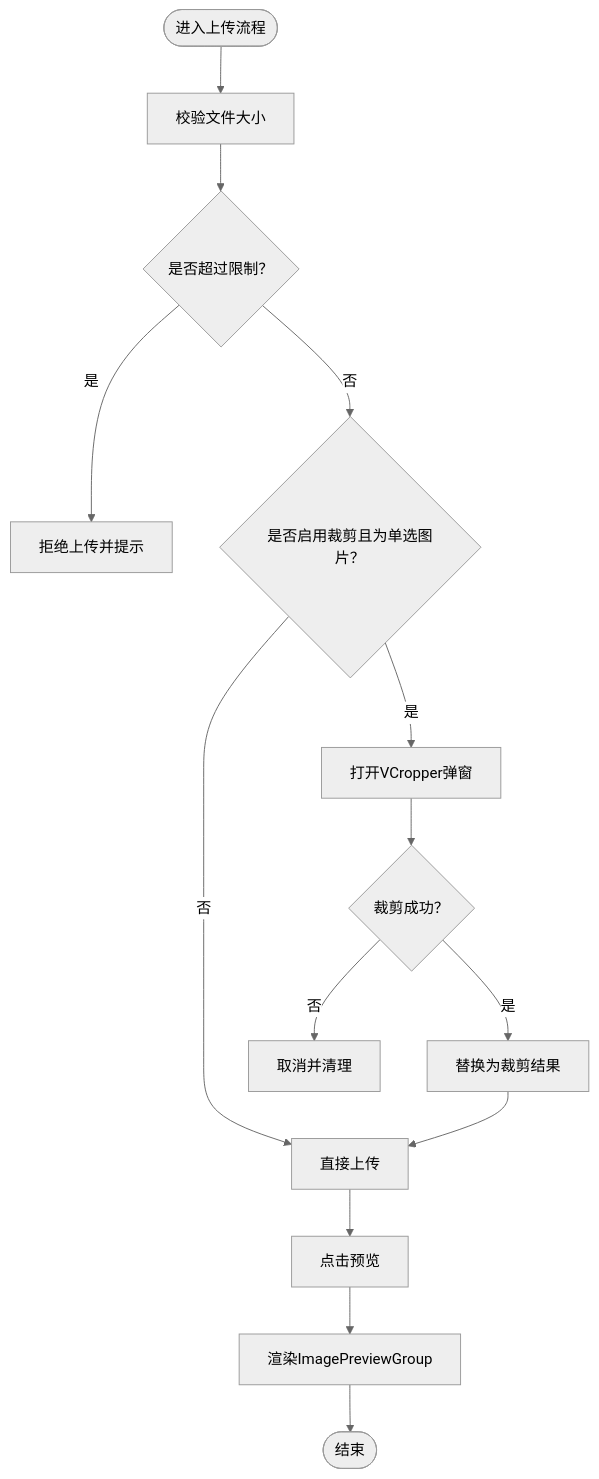
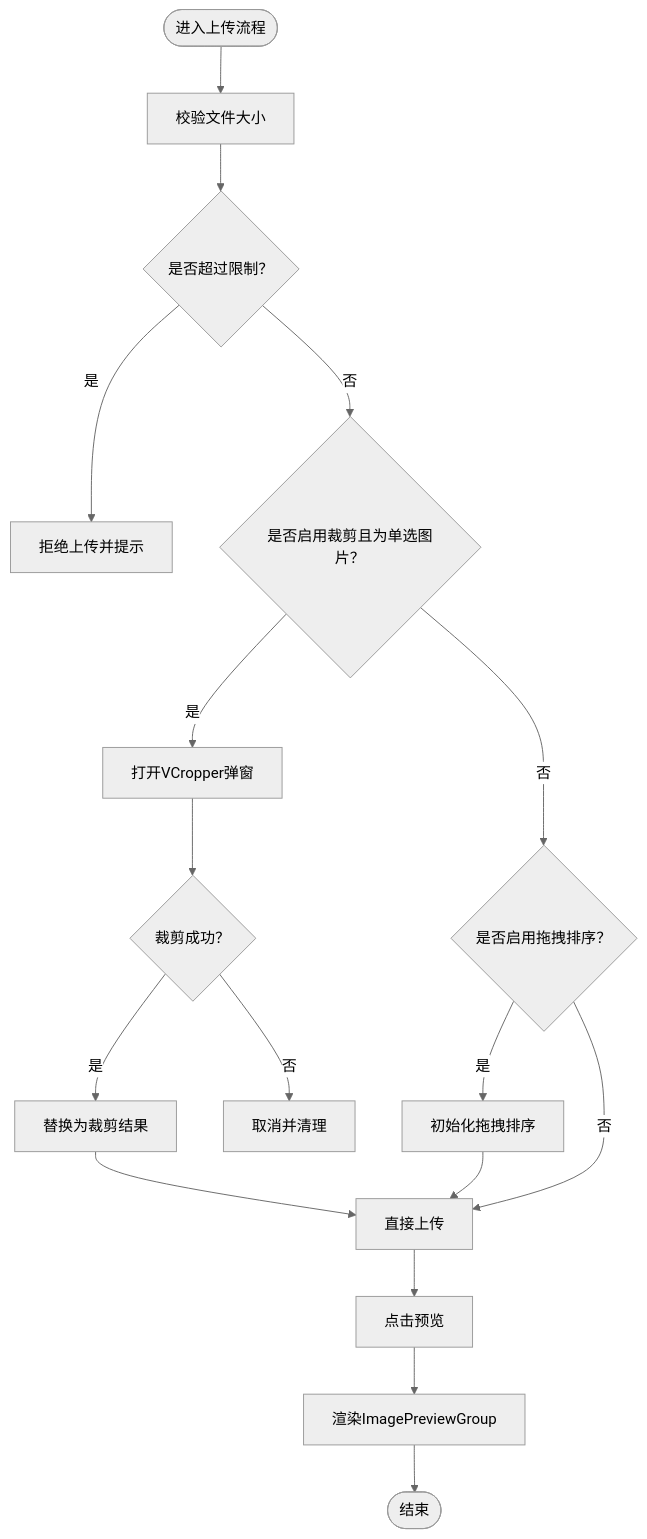
One commit to liuyinzhong/hive changed the third of 8 diagrams in .qoder/repowiki/zh/content/多框架支持/组件适配机制/上传预览功能.md. Above: the diagram before and after it, drawn with Mermaid (neutral theme). The commit also changed other lines of this file and 8 other files, not shown here.

````diff
--- a/.qoder/repowiki/zh/content/多框架支持/组件适配机制/上传预览功能.md
+++ b/.qoder/repowiki/zh/content/多框架支持/组件适配机制/上传预览功能.md
@@ -138,16 +164,19 @@
 ```mermaid
 flowchart TD
 Start(["进入上传流程"]) --> CheckSize["校验文件大小"]
 CheckSize --> SizeOK{"是否超过限制？"}
 SizeOK --> |是| Reject["拒绝上传并提示"]
 SizeOK --> |否| NeedCrop{"是否启用裁剪且为单选图片？"}
 NeedCrop --> |是| OpenCropper["打开VCropper弹窗"]
 OpenCropper --> CropDone{"裁剪成功？"}
 CropDone --> |是| ReplaceFile["替换为裁剪结果"]
 CropDone --> |否| Cancel["取消并清理"]
-NeedCrop --> |否| Upload["直接上传"]
+NeedCrop --> |否| CheckDrag{"是否启用拖拽排序？"}
+CheckDrag --> |是| InitSortable["初始化拖拽排序"]
+InitSortable --> Upload["直接上传"]
+CheckDrag --> |否| Upload
 ReplaceFile --> Upload
 Upload --> Preview["点击预览"]
 Preview --> RenderGroup["渲染ImagePreviewGroup"]
 RenderGroup --> End(["结束"])
 ```
````
